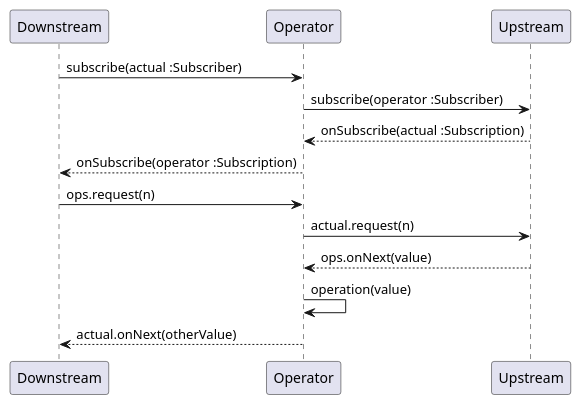
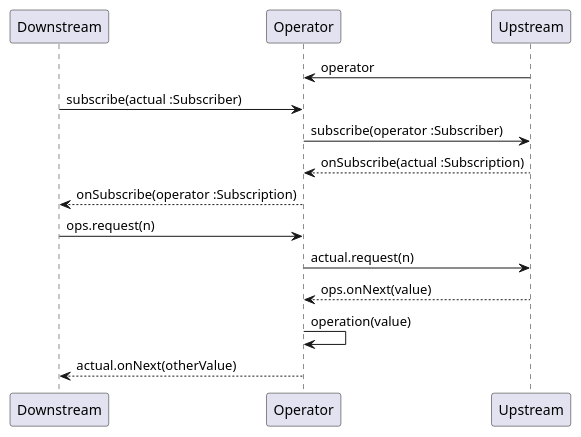
Before and after one commit to yanghoon/obsidian-workspace: the second of 2 diagrams in _diary/2024-06-18.md, drawn with PlantUML.

Commit message:
vault backup: 2024-06-19 00:56:42

````diff
--- a/_diary/2024-06-18.md
+++ b/_diary/2024-06-18.md
@@ -41,20 +41,22 @@
 ```plantuml
 @startuml
 
 participant Downstream as Down
 participant Operator as Ops
 participant Upstream as Up
+
+Up -> Ops: operator
 
 Down -> Ops: subscribe(actual :Subscriber)
 Ops -> Up: subscribe(operator :Subscriber)
 Ops <-- Up: onSubscribe(actual :Subscription)
 Down <-- Ops: onSubscribe(operator :Subscription)
 
 Down -> Ops: ops.request(n)
 Ops -> Up: actual.request(n)
 Ops <-- Up: ops.onNext(value)
 Ops -> Ops: operation(value)
 Down <-- Ops: actual.onNext(otherValue)
 
 @enduml
 ```
````
